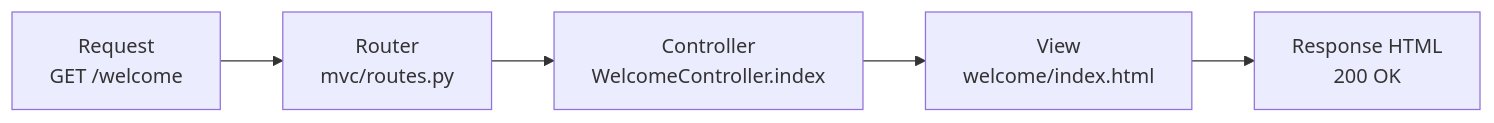
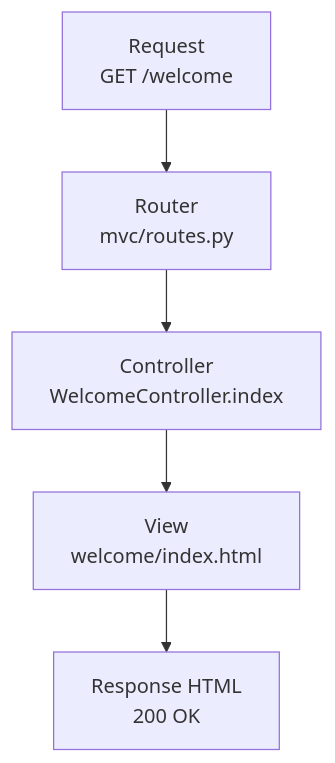
The first of 2 diagrams in docs/starters/welcome/index.md (caucrogeGit/Forge), drawn with Mermaid before and after one commit. The commit also changed other lines of this file and 1 other file, not shown here.

````diff
--- a/docs/starters/welcome/index.md
+++ b/docs/starters/welcome/index.md
@@ -38,7 +40,7 @@
 ```mermaid
-flowchart LR
+flowchart TB
     A["Request<br/>GET /welcome"] --> B["Router<br/>mvc/routes.py"]
     B --> C["Controller<br/>WelcomeController.index"]
     C --> D["View<br/>welcome/index.html"]
     D --> E["Response HTML<br/>200 OK"]
 ```
````
